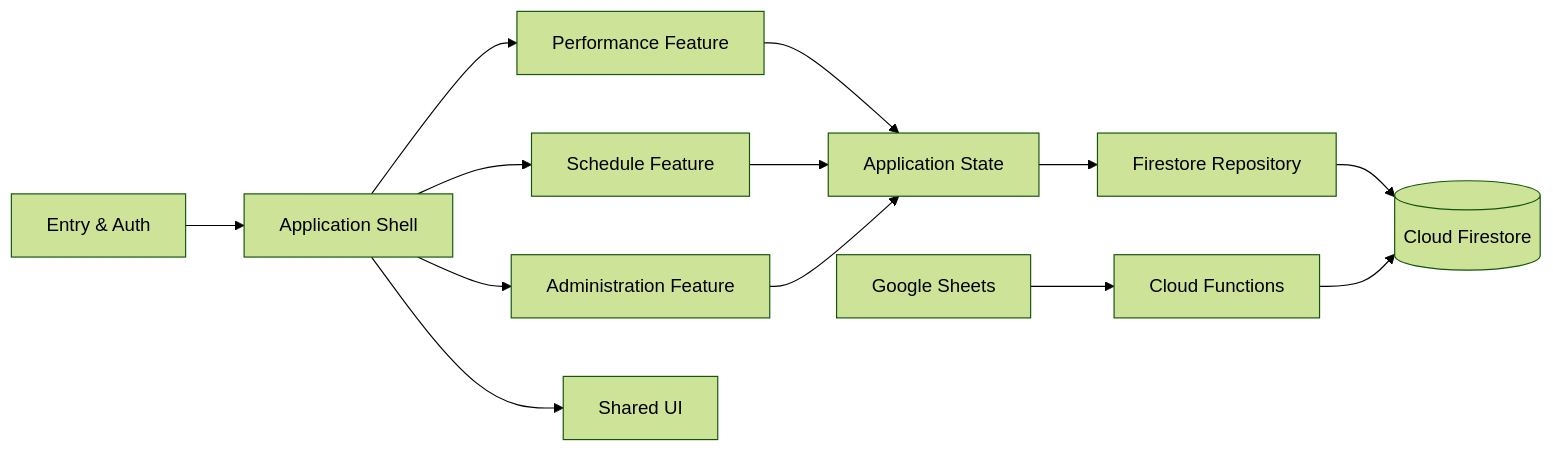
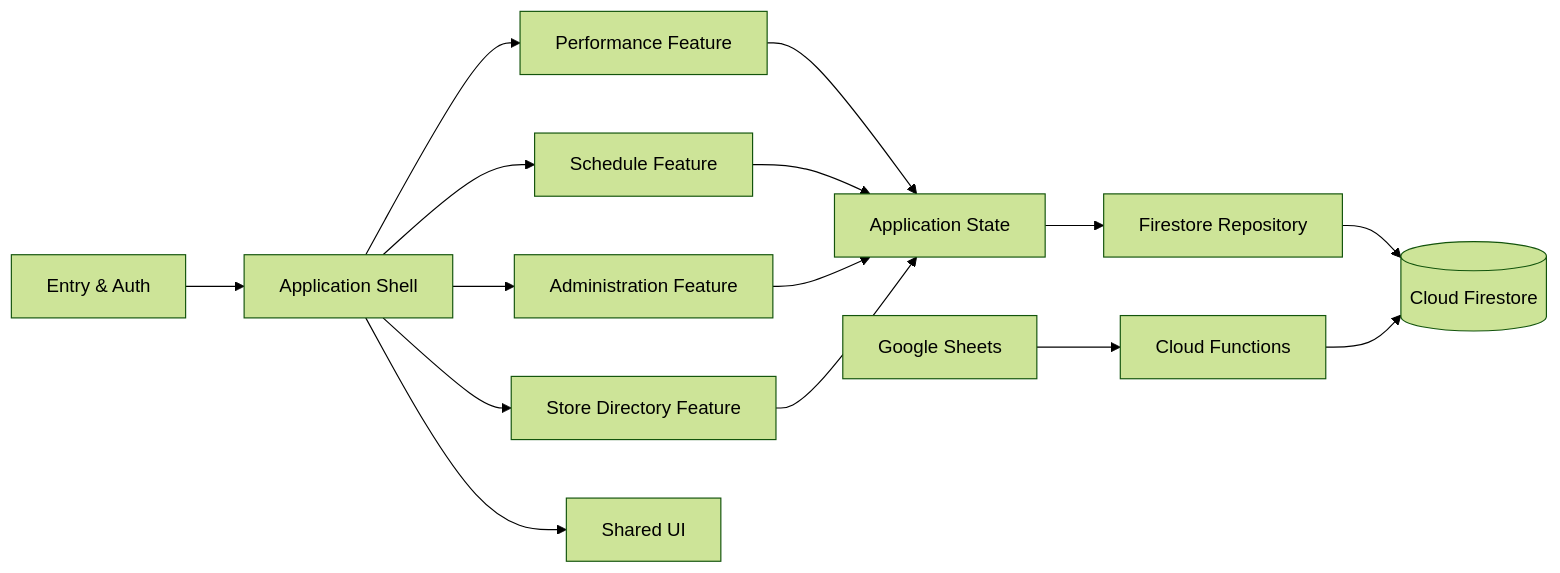
One commit to extractaudio/helpplease changed the diagram in docs/system-design.md. Above: the diagram before and after it, drawn with Mermaid (forest theme). The commit also changed other lines of this file and 27 other files, not shown here.

````diff
--- a/docs/system-design.md
+++ b/docs/system-design.md
@@ -39,15 +39,17 @@
 ```mermaid
 flowchart LR
   Entry[Entry & Auth] --> Shell[Application Shell]
   Shell --> Performance[Performance Feature]
   Shell --> Schedule[Schedule Feature]
   Shell --> Administration[Administration Feature]
+  Shell --> Stores[Store Directory Feature]
   Shell --> Shared[Shared UI]
   Performance --> State[Application State]
   Schedule --> State
   Administration --> State
+  Stores --> State
   State --> Repo[Firestore Repository]
   Repo --> Firestore[(Cloud Firestore)]
   Functions[Cloud Functions] --> Firestore
   Sheets[Google Sheets] --> Functions
 ```
````
